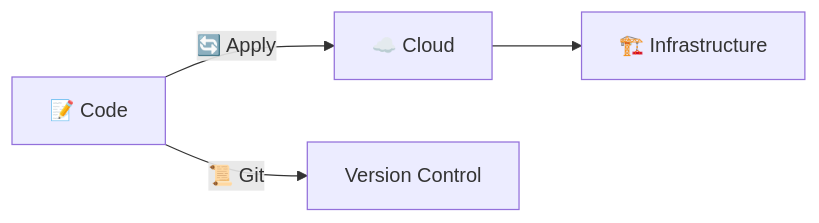
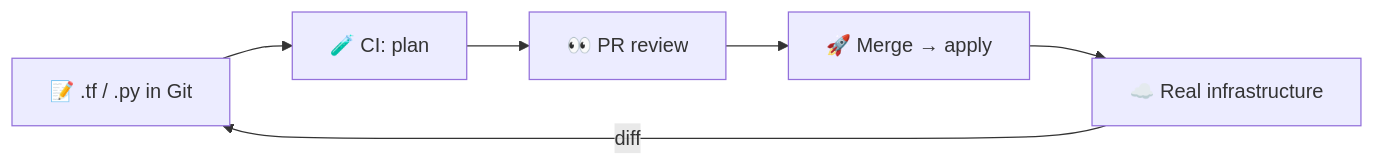
Before and after one commit to inno-devops-labs/DevOps-Core-Course: the third of 7 diagrams in lectures/lec4.md, drawn with Mermaid. The commit also changed other lines of this file and 24 other files, not shown here.

````diff
--- a/lectures/lec4.md
+++ b/lectures/lec4.md
@@ -189,6 +101,8 @@
 ```mermaid
 flowchart LR
-  Code[📝 Code] -->|🔄 Apply| Cloud[☁️ Cloud]
-  Cloud --> Infra[🏗️ Infrastructure]
-  Code -->|📜 Git| Version[Version Control]
+  Code[📝 .tf / .py in Git] --> CI[🧪 CI: plan]
+  CI --> Review[👀 PR review]
+  Review --> Merge[🚀 Merge → apply]
+  Merge --> Cloud[☁️ Real infrastructure]
+  Cloud -->|diff| Code
 ```
````
